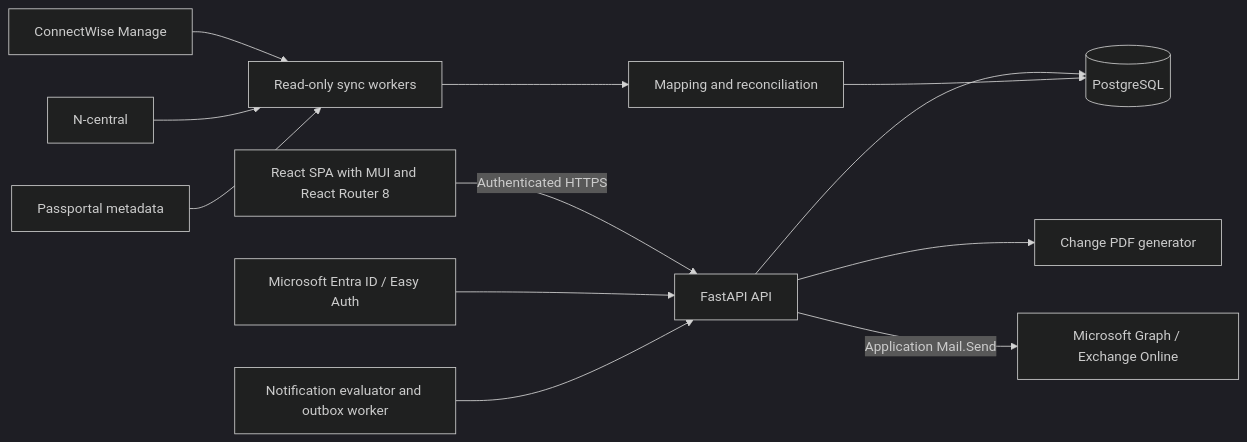
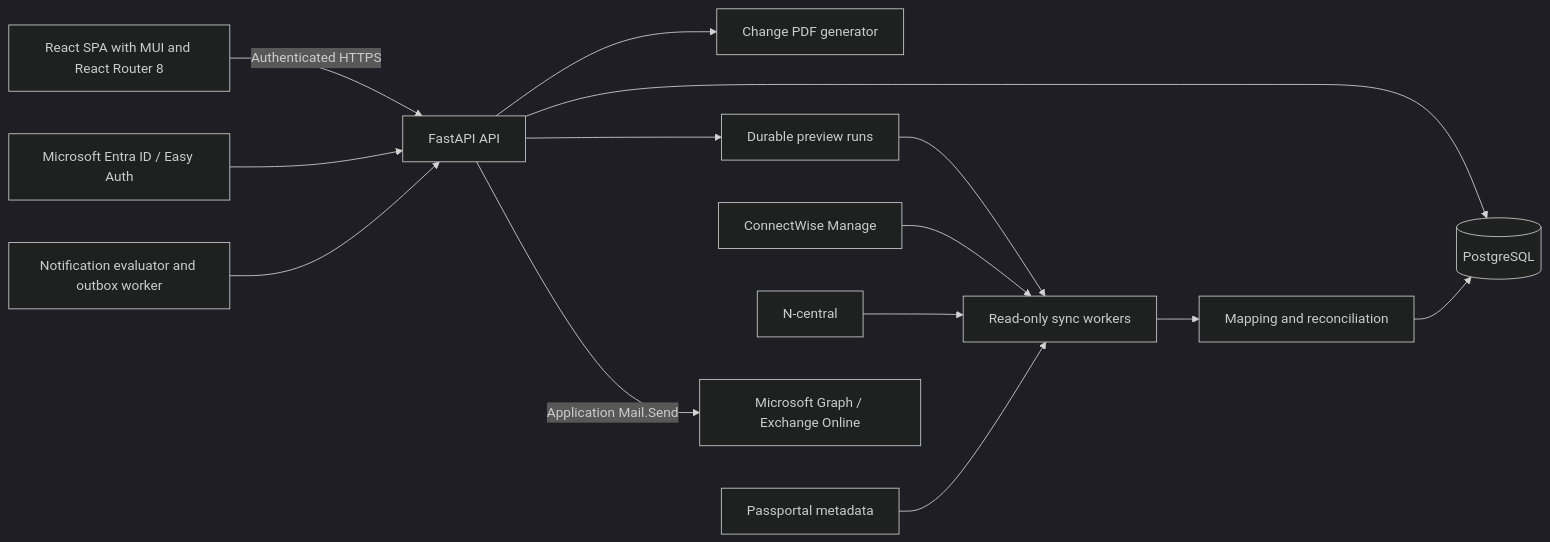
The diagram in README.md (IPT-Holdings-PTY-Ltd/ipt-cmdb), drawn with Mermaid (dark theme) before and after one commit. The commit also changed other lines of this file and 28 other files, not shown here.

````diff
--- a/README.md
+++ b/README.md
@@ -126,14 +126,16 @@
 ```mermaid
 flowchart LR
     SPA[React SPA with MUI and React Router 8] -->|Authenticated HTTPS| API[FastAPI API]
     API --> PG[(PostgreSQL)]
     API --> PDF[Change PDF generator]
     ENTRA[Microsoft Entra ID / Easy Auth] --> API
-    CW[ConnectWise Manage] --> WORKERS[Read-only sync workers]
+    API --> RUNS[Durable preview runs]
+    RUNS --> WORKERS[Read-only sync workers]
+    CW[ConnectWise Manage] --> WORKERS
     NC[N-central] --> WORKERS
     PP[Passportal metadata] --> WORKERS
     API -->|Application Mail.Send| GRAPH[Microsoft Graph / Exchange Online]
     NOTIFY[Notification evaluator and outbox worker] --> API
     WORKERS --> MAP[Mapping and reconciliation]
     MAP --> PG
 ```
````
